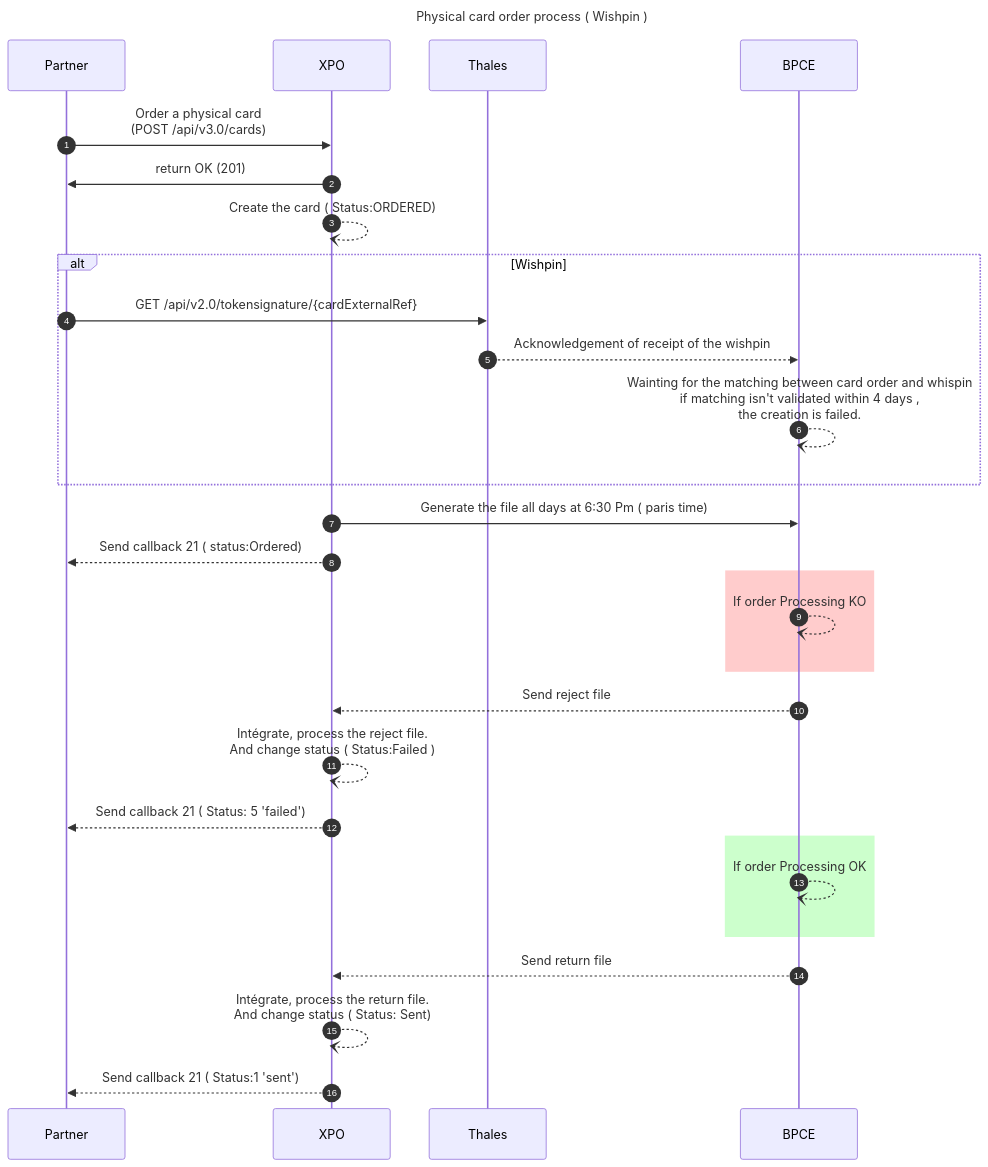
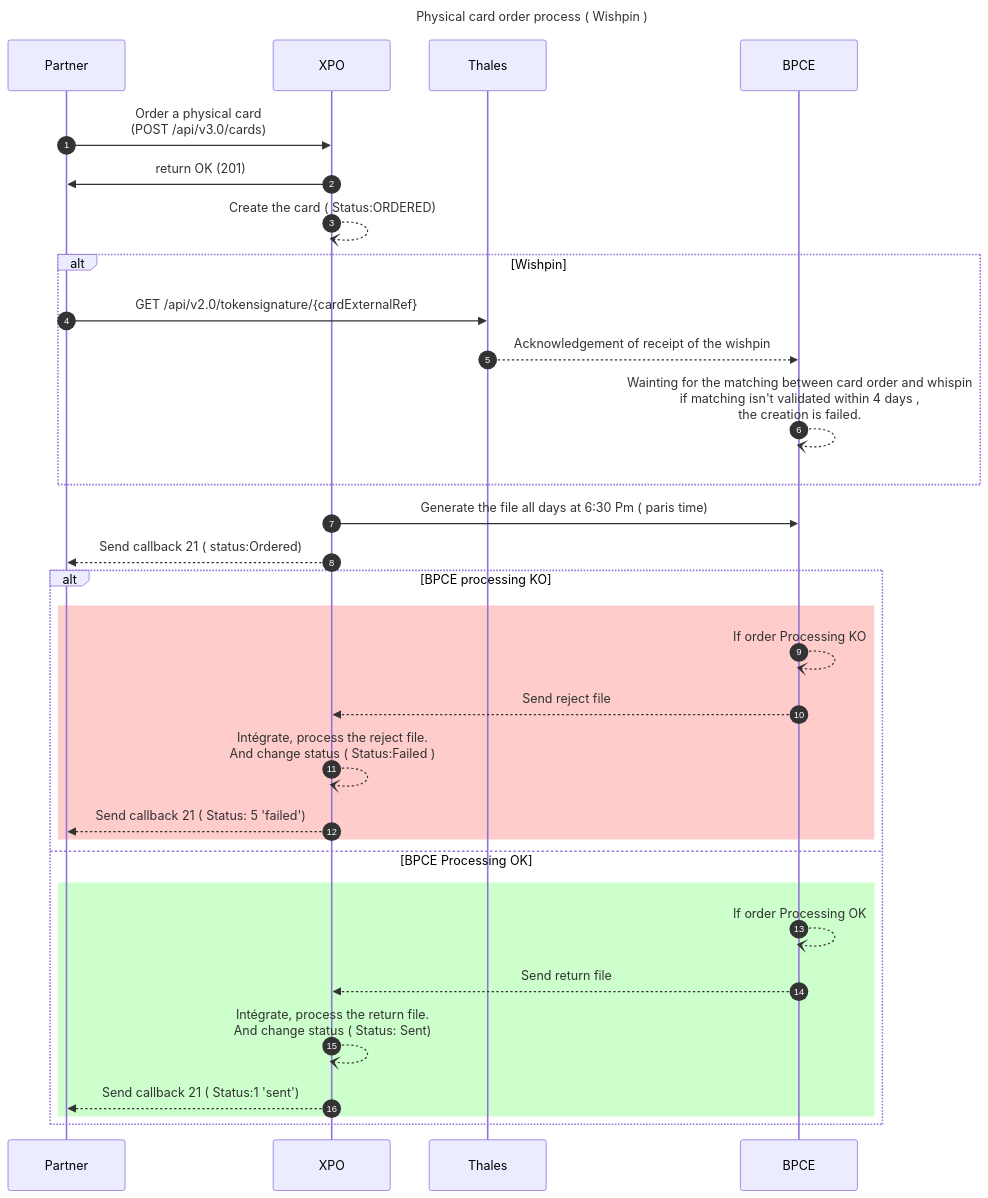
Before and after one commit to pomme-clic/s-money-documentation: the second of 7 diagrams in docs/usecases/cards/issuing/CardsIssuing.md, drawn with Mermaid. The commit also changed other lines of this file and 4 other files, not shown here.

````diff
--- a/docs/usecases/cards/issuing/CardsIssuing.md
+++ b/docs/usecases/cards/issuing/CardsIssuing.md
@@ -50,36 +50,39 @@
 ```mermaid
 sequenceDiagram
 Title: Physical card order process ( Wishpin )
 autoNumber
 Participant Partner
 Participant XPO
 Participant Thales
 Participant BPCE
 
 Partner ->> XPO : Order a physical card <br/>  (POST /api/v3.0/cards)
 XPO ->> Partner :return OK (201)
 XPO --) XPO : Create the card ( Status:ORDERED)
 
 
 alt Wishpin
 Partner ->> Thales : GET /api/v2.0/tokensignature/{cardExternalRef}
 Thales -->> BPCE : Acknowledgement of receipt of the wishpin
 BPCE --) BPCE : Wainting for the matching between card order and whispin <br/> if matching isn't validated within 4 days , <br/>the creation is failed.
 end
 
 XPO ->> BPCE : Generate the file all days at 6:30 Pm ( paris time)
 XPO -->> Partner : Send callback 21 ( status:Ordered)
 
+alt BPCE processing KO
 rect rgb(255, 0, 0, 0.2)
 BPCE --) BPCE : If order Processing KO
-end
 BPCE -->> XPO : Send reject file
 XPO --) XPO : Intégrate, process the reject file. <br/> And change status ( Status:Failed )
 XPO -->> Partner : Send callback 21 ( Status: 5 'failed')
+	end	
+else BPCE Processing OK
 rect rgb(0, 255, 0, 0.2)
 BPCE --) BPCE : If order Processing OK
-end
 BPCE -->> XPO : Send return file
 XPO --) XPO : Intégrate, process the return file. <br/> And change status ( Status: Sent)
 XPO -->> Partner : Send callback 21 ( Status:1 'sent')
+	end
+end
 ```
````
